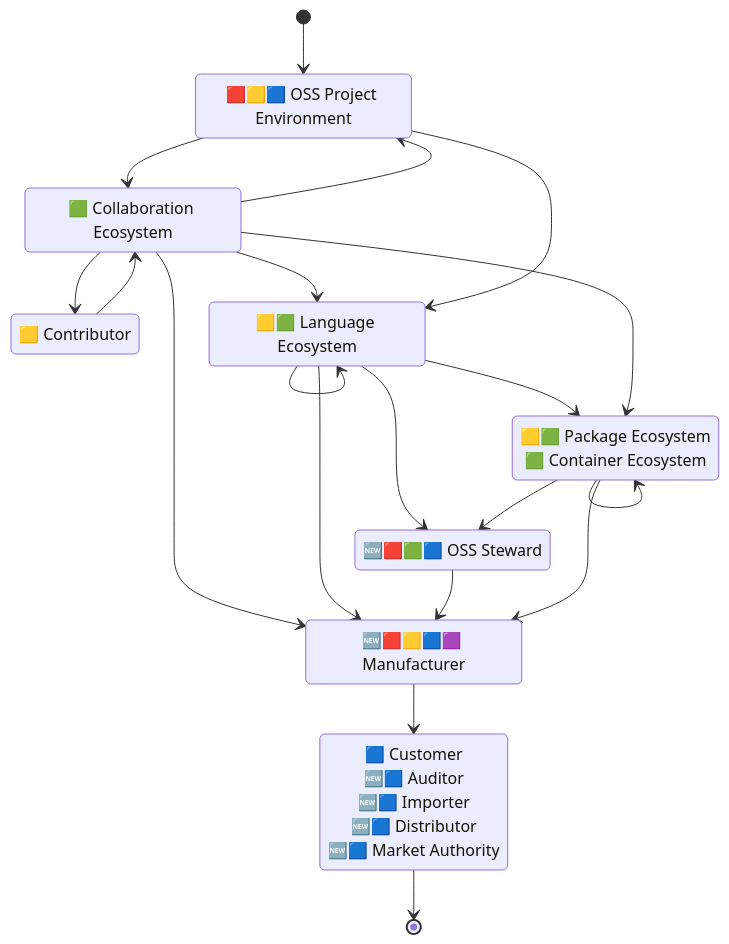
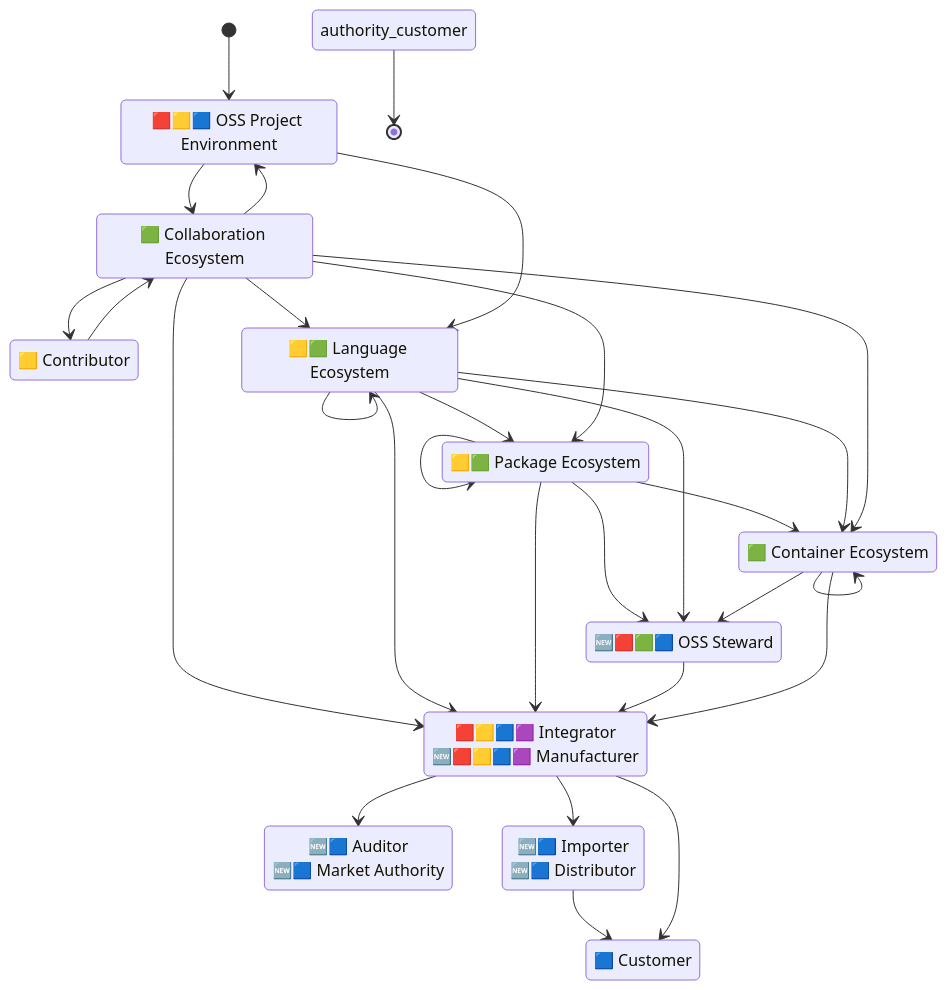
The second of 5 diagrams in docs/supplychain-sbom.md (CPAN-Security/security.metacpan.org), drawn with Mermaid before and after one commit. The commit also changed other lines of this file, not shown here.

````diff
--- a/docs/supplychain-sbom.md
+++ b/docs/supplychain-sbom.md
@@ -128,43 +133,48 @@
 ```mermaid
 stateDiagram-v2
     direction TB
 
     state "🟥🟨🟦 OSS Project Environment" as environment_project
     state "🟨 Contributor" as environment_contributor
-    state "🟩 Collaboration Ecosystem" as ecosystem_repo
+    state "🟩 Collaboration Ecosystem" as ecosystem_forge
     state "🟨🟩 Language Ecosystem" as ecosystem_lang
-    state "🟨🟩 Package Ecosystem<br>🟩 Container Ecosystem" as ecosystem_package
-    %%state "🟨🟩 Package Ecosystem" as ecosystem_package
-    %%state "🟩 Container Ecosystem" as ecosystem_container
+    state "🟨🟩 Package Ecosystem" as ecosystem_package
+    state "🟩 Container Ecosystem" as ecosystem_container
     state "🆕🟥🟩🟦 OSS Steward" as ecosystem_steward
-    state "🆕🟥🟨🟦🟪 Manufacturer" as environment_manufacturer
-    state "🟦 Customer<br>🆕🟦 Auditor<br>🆕🟦 Importer<br>🆕🟦 Distributor<br>🆕🟦 Market Authority" as authority_auditor
+    state "🟥🟨🟦🟪 Integrator<br>🆕&zwj;🟥&zwj;🟨&zwj;🟦&zwj;🟪&nbsp;Manufacturer" as environment_integrator
+    state "🆕🟦 Auditor<br>🆕🟦 Market Authority" as authority_auditor
+    state "🆕🟦 Importer<br>🆕🟦 Distributor" as environment_market
+    state "🟦 Customer" as environment_customer
 
     [*]                      --> environment_project
-    ecosystem_repo           --> environment_project
+    ecosystem_forge          --> environment_project
+    ecosystem_forge          --> environment_contributor
+    ecosystem_forge          --> ecosystem_lang
+    environment_project      --> ecosystem_forge
+    environment_project      --> ecosystem_lang
+    environment_contributor  --> ecosystem_forge
     ecosystem_lang           --> ecosystem_package
-    ecosystem_repo           --> ecosystem_package
-    ecosystem_repo           --> ecosystem_lang
-    %%ecosystem_repo           --> ecosystem_container
-    ecosystem_repo           --> environment_manufacturer
-    ecosystem_repo           --> environment_contributor
-    environment_contributor  --> ecosystem_repo
-    environment_project   --> ecosystem_lang
-    environment_project   --> ecosystem_repo
-    %%ecosystem_package        --> ecosystem_container
-    %%ecosystem_lang           --> ecosystem_container
+    ecosystem_forge          --> ecosystem_package
+    ecosystem_lang           --> ecosystem_lang
+    ecosystem_package        --> ecosystem_container
+    ecosystem_forge          --> environment_integrator
+    ecosystem_lang           --> environment_integrator
+    ecosystem_lang           --> ecosystem_container
+    ecosystem_forge          --> ecosystem_container
+    ecosystem_package        --> environment_integrator
+    ecosystem_package        --> ecosystem_steward
     ecosystem_lang           --> ecosystem_steward
-    ecosystem_lang           --> environment_manufacturer
-    ecosystem_steward        --> environment_manufacturer
-    ecosystem_package        --> ecosystem_steward
-    %%ecosystem_container      --> ecosystem_steward
-    environment_manufacturer --> authority_auditor
-    %%ecosystem_container      --> environment_manufacturer
-    ecosystem_package        --> environment_manufacturer
-    ecosystem_lang           --> ecosystem_lang
     ecosystem_package        --> ecosystem_package
-    authority_auditor        --> [*]
+    ecosystem_container      --> ecosystem_steward
+    ecosystem_steward        --> environment_integrator
+    ecosystem_container      --> ecosystem_container
+    ecosystem_container      --> environment_integrator
+    environment_integrator   --> authority_auditor
+    environment_integrator   --> environment_market
+    environment_market   --> environment_customer
+    environment_integrator   --> environment_customer
+    authority_customer       --> [*]
 
     %% Copyright © 2025 Salve J. Nilsen <sjn@oslo.pm>
     %% Some rights reserved. Licensed CC-BY-SA-4.0
 ```
````
